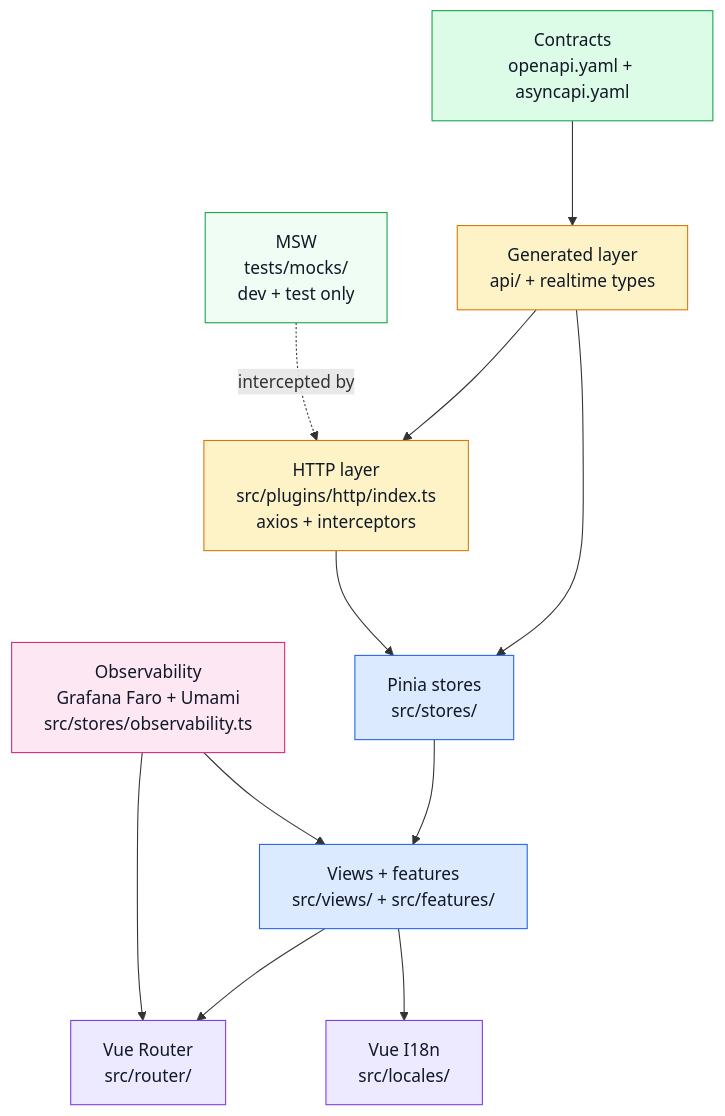
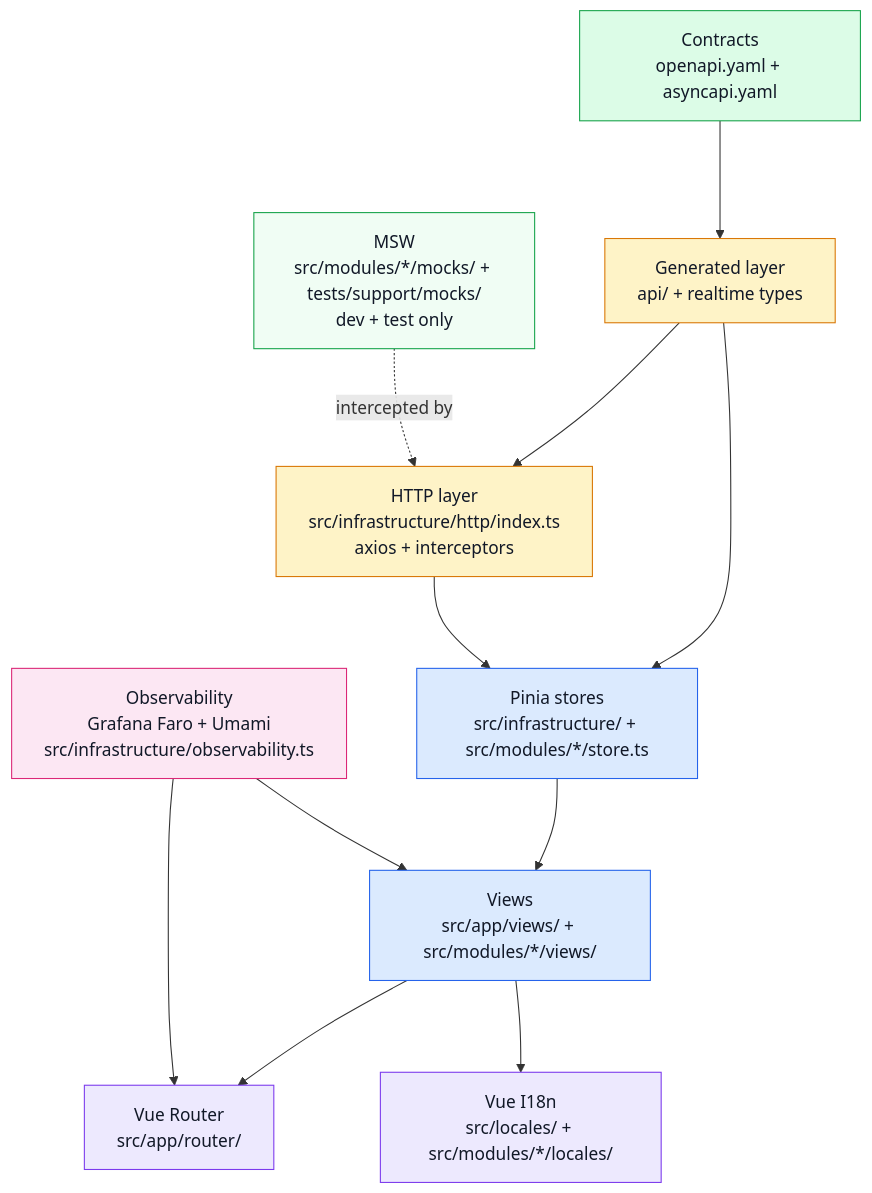
Before and after one commit to Guebbit/boilerplate-vue-frontend: the diagram in docs/theory/architecture.md, drawn with Mermaid. The commit also changed other lines of this file and 385 other files, not shown here.

First line of the commit message:
feat!: 2.0.0 — modular architecture, tiered substrate, contracts as backend output

````diff
--- a/docs/theory/architecture.md
+++ b/docs/theory/architecture.md
@@ -8,31 +8,31 @@
 ```mermaid
 %%{init: {'flowchart': {'nodeSpacing': 65, 'rankSpacing': 85}}}%%
 flowchart TD
     Contract["Contracts\nopenapi.yaml + asyncapi.yaml"] --> Generated["Generated layer\napi/ + realtime types"]
-    Generated --> Stores["Pinia stores\nsrc/stores/"]
-    Stores --> Views["Views + features\nsrc/views/ + src/features/"]
-    Views --> Router["Vue Router\nsrc/router/"]
-    Views --> I18N["Vue I18n\nsrc/locales/"]
+    Generated --> Stores["Pinia stores\nsrc/infrastructure/ + src/modules/*/store.ts"]
+    Stores --> Views["Views\nsrc/app/views/ + src/modules/*/views/"]
+    Views --> Router["Vue Router\nsrc/app/router/"]
+    Views --> I18N["Vue I18n\nsrc/locales/ + src/modules/*/locales/"]
 
-    HTTP["HTTP layer\nsrc/plugins/http/index.ts\naxios + interceptors"] --> Stores
+    HTTP["HTTP layer\nsrc/infrastructure/http/index.ts\naxios + interceptors"] --> Stores
     Generated --> HTTP
 
-    Obs["Observability\nGrafana Faro + Umami\nsrc/stores/observability.ts"] --> Views
+    Obs["Observability\nGrafana Faro + Umami\nsrc/infrastructure/observability.ts"] --> Views
     Obs --> Router
 
-    MSW["MSW\ntests/mocks/\ndev + test only"] -.intercepted by.-> HTTP
+    MSW["MSW\nsrc/modules/*/mocks/ + tests/support/mocks/\ndev + test only"] -.intercepted by.-> HTTP
 
     classDef contract fill:#dcfce7,stroke:#16a34a,color:#111827;
     classDef generated fill:#fef3c7,stroke:#d97706,color:#111827;
     classDef app fill:#dbeafe,stroke:#2563eb,color:#111827;
     classDef nav fill:#ede9fe,stroke:#7c3aed,color:#111827;
     classDef obs fill:#fce7f3,stroke:#db2777,color:#111827;
     classDef mock fill:#f0fdf4,stroke:#16a34a,color:#111827;
 
     class Contract contract;
     class Generated,HTTP generated;
     class Stores,Views app;
     class Router,I18N nav;
     class Obs obs;
     class MSW mock;
 ```
````
